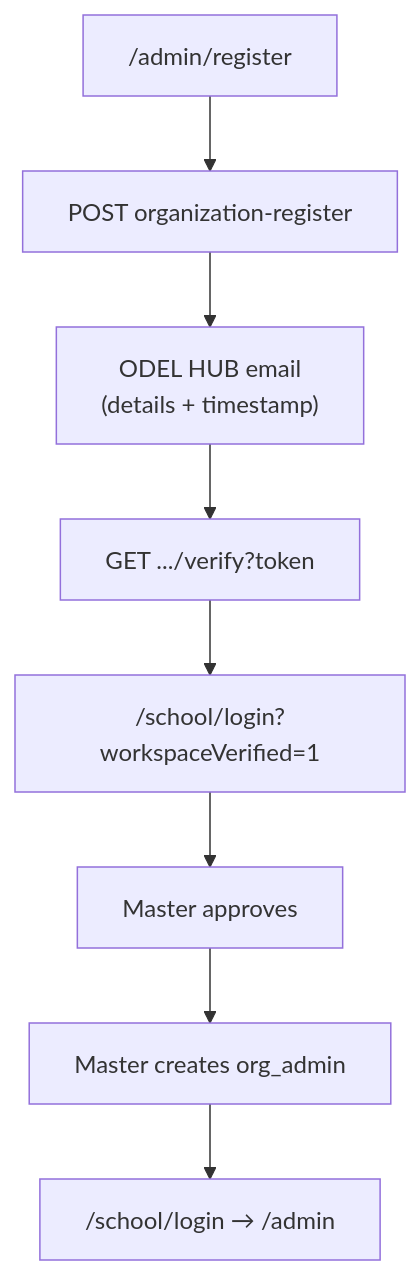
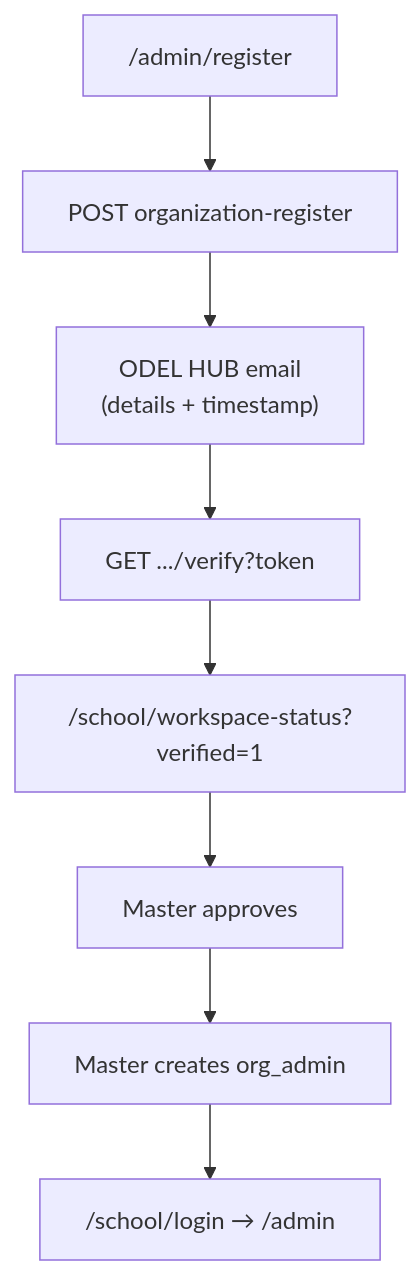
One commit to infoedutechos/openpaygb changed the diagram in docs/APP_STATUS_AUDIT.md. Above: the diagram before and after it, drawn with Mermaid. The commit also changed 32 other files, not shown here.

````diff
--- a/docs/APP_STATUS_AUDIT.md
+++ b/docs/APP_STATUS_AUDIT.md
@@ -24,10 +24,10 @@
 ```mermaid
 flowchart TD
   R["/admin/register"] --> API["POST organization-register"]
   API --> E["ODEL HUB email\n(details + timestamp)"]
   E --> V["GET .../verify?token"]
-  V --> L["/school/login?workspaceVerified=1"]
+  V --> L["/school/workspace-status?verified=1"]
   L --> M["Master approves"]
   M --> A["Master creates org_admin"]
   A --> S["/school/login → /admin"]
 ```
````
